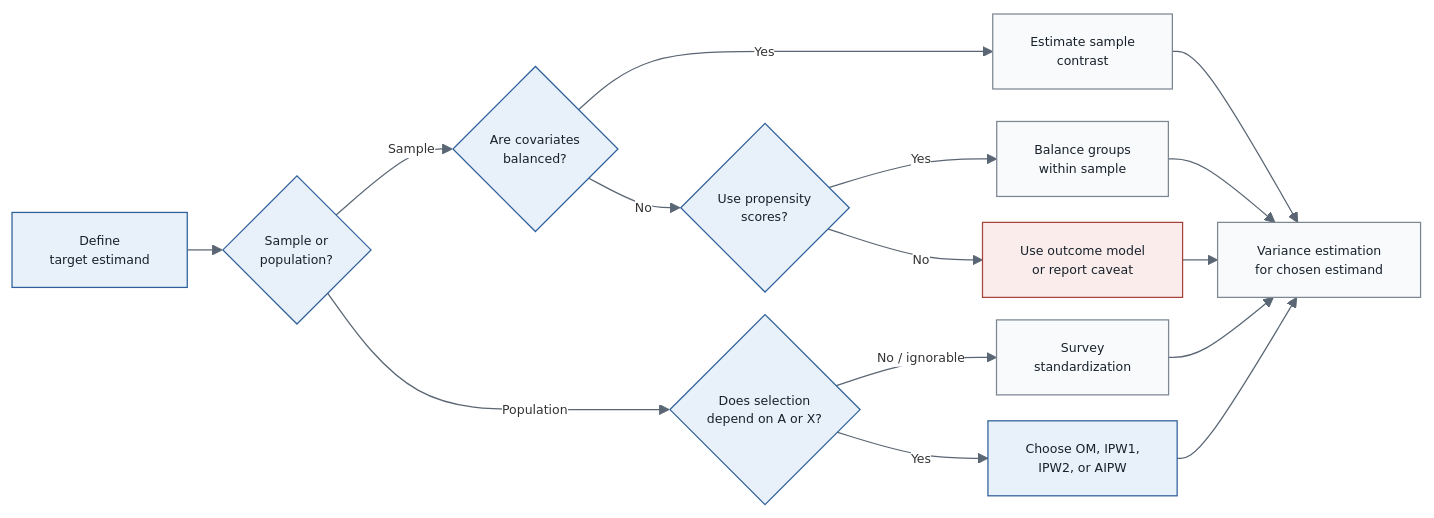
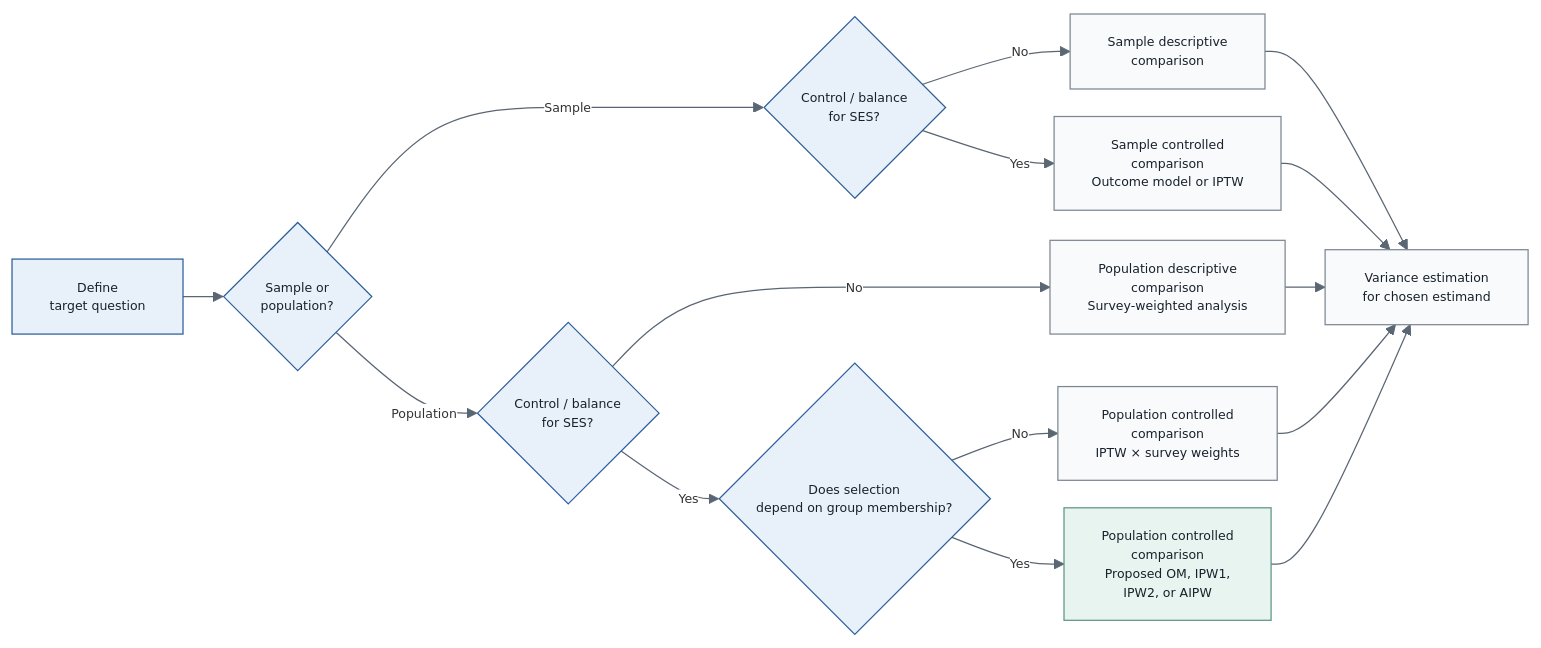
Before and after one commit to salernos/2026-hpss-srms-webinar: the diagram in index.qmd, drawn with Mermaid. The commit also changed other lines of this file and 2 other files, not shown here.

````diff
--- a/index.qmd
+++ b/index.qmd
@@ -427,47 +395,48 @@
 ```{mermaid}
-%%| fig-width: 8
-%%| fig-height: 4.5
+%%| fig-width: 7.8
+%%| fig-height: 4.0
 %%{init: {
   'theme': 'base',
   'flowchart': {
     'htmlLabels': true,
-    'nodeSpacing': 18,
-    'rankSpacing': 28,
+    'nodeSpacing': 22,
+    'rankSpacing': 32,
     'curve': 'basis'
   },
   'themeVariables': {
     'primaryColor': '#FFFFFF',
     'primaryBorderColor': '#D3DBE4',
     'lineColor': '#5A6673',
     'fontFamily': 'Aptos, Arial',
     'fontSize': '10px'
   }
 }}%%
 flowchart LR
-  Q["Define<br/>target estimand"] --> R{"Sample or<br/>population?"}
+  Q["Define<br/>target question"] --> R{"Sample or<br/>population?"}
 
-  R -->|Sample| SB{"Are covariates<br/>balanced?"}
-  SB -->|Yes| SN["Estimate sample<br/>contrast"]
-  SB -->|No| SP{"Use propensity<br/>scores?"}
-  SP -->|Yes| S["Balance groups<br/>within sample"]
-  SP -->|No| SA["Use outcome model<br/>or report caveat"]
+  R -->|Sample| S{"Control / balance<br/>for SES?"}
+  R -->|Population| P{"Control / balance<br/>for SES?"}
 
-  R -->|Population| T{"Does selection<br/>depend on A or X?"}
-  T -->|No / ignorable| U["Survey<br/>standardization"]
-  T -->|Yes| V["Choose OM, IPW1,<br/>IPW2, or AIPW"]
+  S -->|No| S0["Sample descriptive<br/>comparison"]
+  S -->|Yes| S1["Sample controlled<br/>comparison<br/><span style='font-size:8px'>Outcome model or IPTW</span>"]
 
-  SN --> X["Variance estimation<br/>for chosen estimand"]
-  S --> X
-  SA --> X
-  U --> X
-  V --> X
+  P -->|No| P0["Population descriptive<br/>comparison<br/><span style='font-size:8px'>Survey-weighted analysis</span>"]
+  P -->|Yes| PA{"Does selection<br/>depend on group membership?"}
+
+  PA -->|No| P1["Population controlled<br/>comparison<br/><span style='font-size:8px'>IPTW × survey weights</span>"]
+  PA -->|Yes| P2["Population controlled<br/>comparison<br/><span style='font-size:8px'>Proposed OM, IPW1,<br/>IPW2, or AIPW</span>"]
+
+  S0 --> X["Variance estimation<br/>for chosen estimand"]
+  S1 --> X
+  P0 --> X
+  P1 --> X
+  P2 --> X
 
   classDef neutral fill:#F8FAFC,stroke:#7D8792,color:#18212B,font-size:10px;
   classDef focus fill:#E8F0FA,stroke:#2D5F9A,color:#18212B,font-size:10px;
-  classDef caution fill:#FAECEB,stroke:#A7433B,color:#18212B,font-size:10px;
-  classDef green fill:#E8F4EF,stroke:#5D9684,color:#18212B,font-size:10px;
+  classDef main fill:#E8F4EF,stroke:#5D9684,color:#18212B,font-size:10px;
 
-  class Q,R,SB,SP,T,V focus;
-  class SN,S,U,X neutral;
-  class SA caution;
+  class Q,R,S,P,PA focus;
+  class S0,S1,P0,P1,X neutral;
+  class P2 main;
 ```
````
